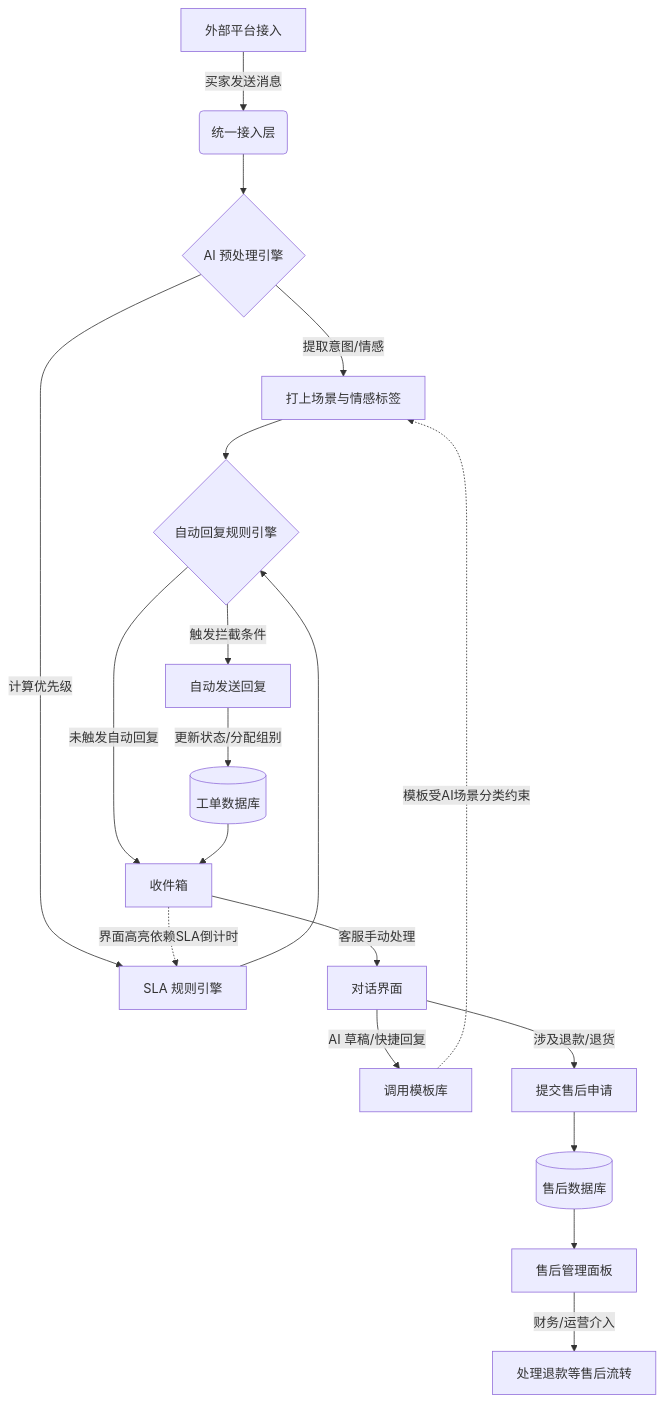
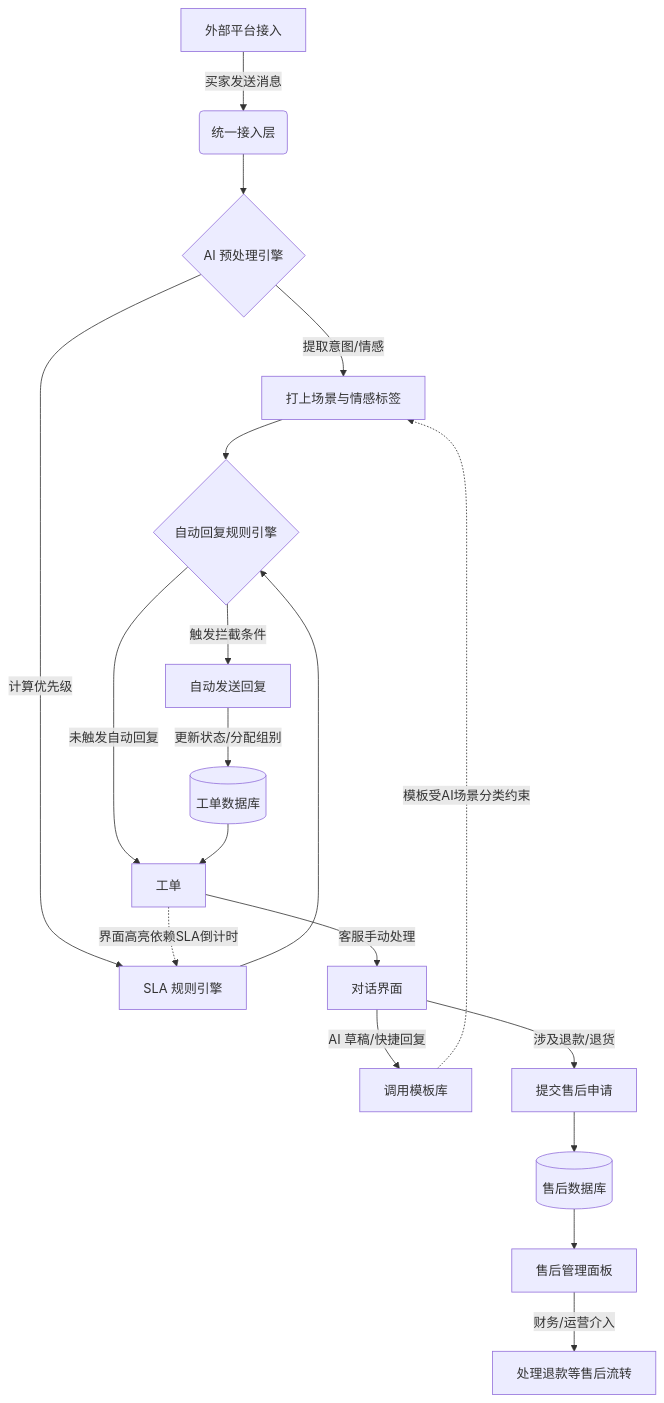
Before and after one commit to andyzhen2222222/kefu2.0: the diagram in edesk_prd_v_2.md, drawn with Mermaid. The commit also changed other lines of this file and 188 other files, not shown here.

````diff
--- a/edesk_prd_v_2.md
+++ b/edesk_prd_v_2.md
@@ -19,27 +19,27 @@
 ```mermaid
 graph TD
     A[外部平台接入] -->|买家发送消息| B(统一接入层)
     B --> C{AI 预处理引擎}
     C -->|提取意图/情感| D[打上场景与情感标签]
     C -->|计算优先级| E[SLA 规则引擎]
     D --> F{自动回复规则引擎}
     E --> F
     
     F -->|触发拦截条件| G[自动发送回复]
     G -->|更新状态/分配组别| H[(工单数据库)]
     
-    F -->|未触发自动回复| I[收件箱]
+    F -->|未触发自动回复| I[工单]
     H --> I
     
     I -->|客服手动处理| J[对话界面]
     J -->|AI 草稿/快捷回复| K[调用模板库]
     J -->|涉及退款/退货| L[提交售后申请]
     
     L --> M[(售后数据库)]
     M --> N[售后管理面板]
     N -->|财务/运营介入| O[处理退款等售后流转]
     
     %% 虚线表示数据反向联动或依赖关系
     K -.->|模板受AI场景分类约束| D
     I -.->|界面高亮依赖SLA倒计时| E
 ```
````
